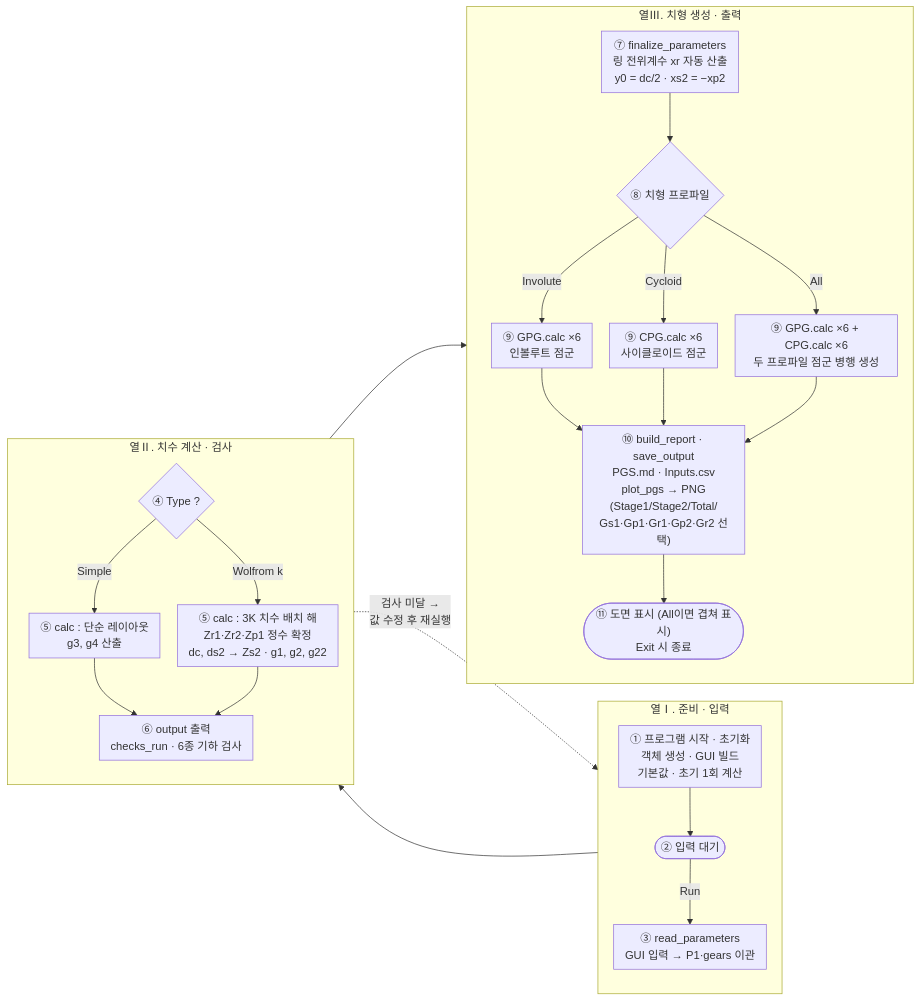
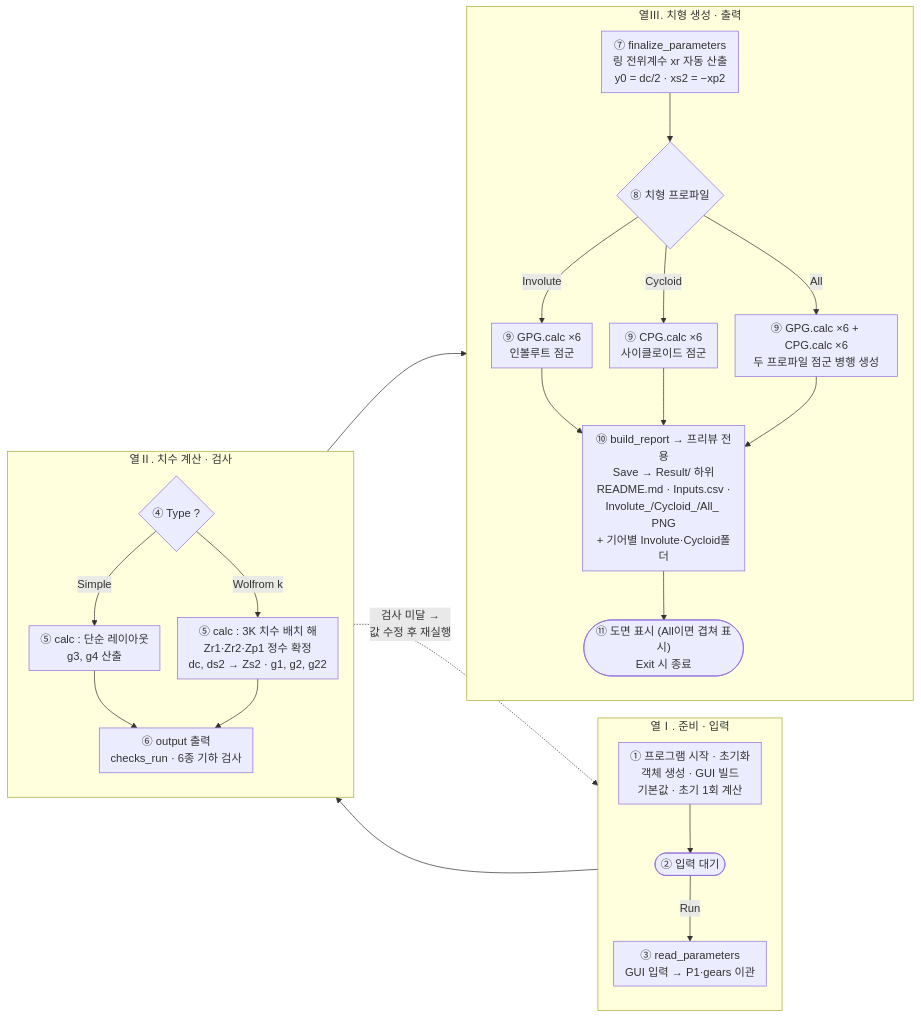
One commit to dymaxionkim/PGS changed the first of 3 diagrams in MANUAL.md. Above: the diagram before and after it, drawn with Mermaid. The commit also changed other lines of this file and 13 other files, not shown here.

````diff
--- a/MANUAL.md
+++ b/MANUAL.md
@@ -588,33 +637,33 @@
 ```mermaid
 %%{init: {"flowchart": {"nodeSpacing": 25, "rankSpacing": 45, "padding": 8}}}%%
 flowchart LR
     subgraph COL1["열Ⅰ. 준비 · 입력"]
         direction TB
         S1["① 프로그램 시작 · 초기화<br/>객체 생성 · GUI 빌드<br/>기본값 · 초기 1회 계산"] --> S2(["② 입력 대기"])
         S2 -->|"Run"| S3["③ read_parameters<br/>GUI 입력 → P1·gears 이관"]
     end
 
     subgraph COL2["열Ⅱ. 치수 계산 · 검사"]
         direction TB
         S4{"④ Type ?"} -->|"Simple"| S5a["⑤ calc : 단순 레이아웃<br/>g3, g4 산출"]
         S4 -->|"Wolfrom k"| S5b["⑤ calc : 3K 치수 배치 해<br/>Zr1·Zr2·Zp1 정수 확정<br/>dc, ds2 → Zs2 · g1, g2, g22"]
         S5a --> S6["⑥ output 출력<br/>checks_run · 6종 기하 검사"]
         S5b --> S6
     end
 
     subgraph COL3["열Ⅲ. 치형 생성 · 출력"]
         direction TB
         S7["⑦ finalize_parameters<br/>링 전위계수 xr 자동 산출<br/>y0 = dc/2 · xs2 = −xp2"] --> S8{"⑧ 치형 프로파일"}
         S8 -->|"Involute"| S9a["⑨ GPG.calc ×6<br/>인볼루트 점군"]
         S8 -->|"Cycloid"| S9b["⑨ CPG.calc ×6<br/>사이클로이드 점군"]
         S8 -->|"All"| S9c["⑨ GPG.calc ×6 + CPG.calc ×6<br/>두 프로파일 점군 병행 생성"]
-        S9a --> S10["⑩ build_report · save_output<br/>PGS.md · Inputs.csv<br/>plot_pgs → PNG<br/>(Stage1/Stage2/Total/<br/>Gs1·Gp1·Gr1·Gp2·Gr2 선택)"]
+        S9a --> S10["⑩ build_report → 프리뷰 전용<br/>Save → Result/ 하위<br/>README.md · Inputs.csv ·<br/>Involute_/Cycloid_/All_ PNG<br/>+ 기어별 Involute·Cycloid폴더"]
         S9b --> S10
         S9c --> S10
         S10 --> S11(["⑪ 도면 표시 (All이면 겹쳐 표시)<br/>Exit 시 종료"])
     end
 
     COL1 --> COL2
     COL2 --> COL3
     COL2 -.->|"검사 미달 →<br/>값 수정 후 재실행"| COL1
 ```
````
